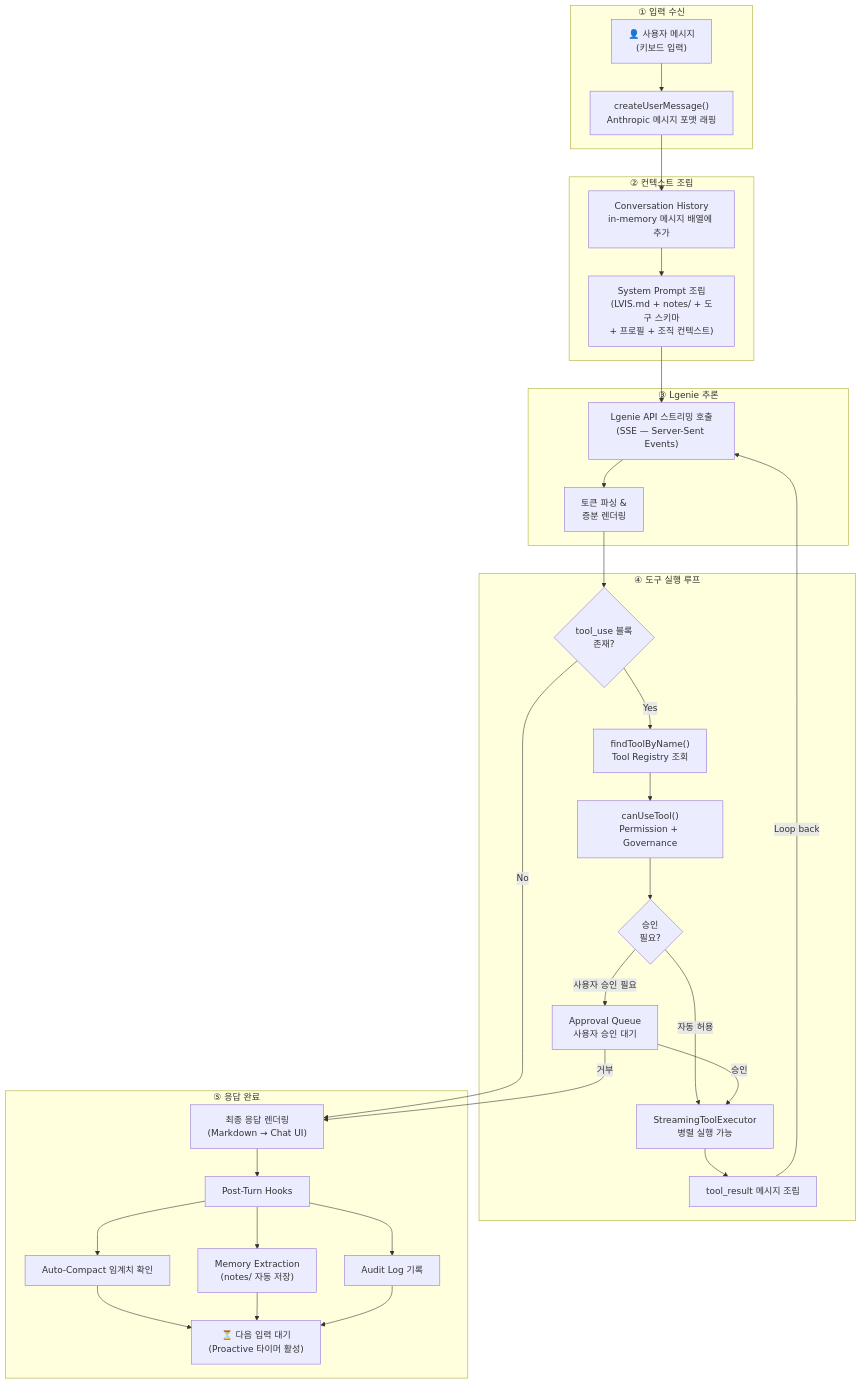
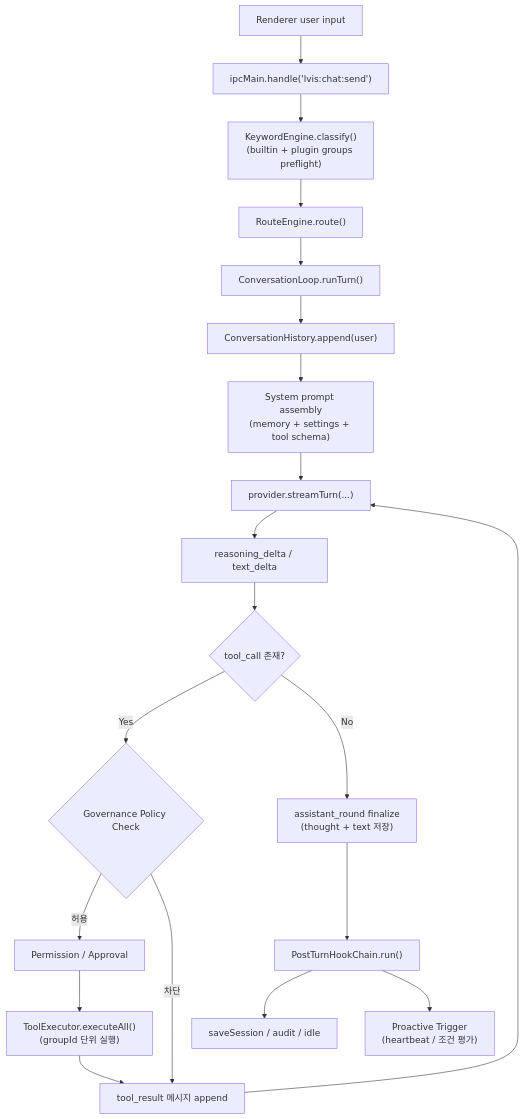
One commit to lvis-project/lvis-app changed the ninth of 44 diagrams in docs/architecture/architecture.md. Above: the diagram before and after it, drawn with Mermaid. The commit also changed other lines of this file and 10 other files, not shown here.

````diff
--- a/docs/architecture/architecture.md
+++ b/docs/architecture/architecture.md
@@ -737,63 +707,27 @@
 ```mermaid
 flowchart TB
-    subgraph "① 입력 수신"
-        USER_INPUT["👤 사용자 메시지<br/>(키보드 입력)"]
-        CREATE_MSG["createUserMessage()<br/>Anthropic 메시지 포맷 래핑"]
-    end
+    USER["Renderer user input"]
+    IPC["ipcMain.handle('lvis:chat:send')"]
+    KEYWORD["KeywordEngine.classify()<br/>(builtin + plugin groups preflight)"]
+    ROUTE["RouteEngine.route()"]
+    LOOP["ConversationLoop.runTurn()"]
+    HISTORY["ConversationHistory.append(user)"]
+    PROMPT["System prompt assembly<br/>(memory + settings + tool schema)"]
+    PROVIDER["provider.streamTurn(...)"]
+    REASON["reasoning_delta / text_delta"]
+    TOOL_CHECK{"tool_call 존재?"}
+    POLICY_CHK{"Governance Policy Check"}
+    PERM["Permission / Approval"]
+    TOOL_EXEC["ToolExecutor.executeAll()<br/>(groupId 단위 실행)"]
+    TOOL_RESULT["tool_result 메시지 append"]
+    ROUND["assistant_round finalize<br/>(thought + text 저장)"]
+    POST["PostTurnHookChain.run()"]
+    SAVE["saveSession / audit / idle"]
+    PROACTIVE["Proactive Trigger<br/>(heartbeat / 조건 평가)"]
 
-    subgraph "② 컨텍스트 조립"
-        APPEND_HIST["Conversation History<br/>in-memory 메시지 배열에 추가"]
-        BUILD_SYS["System Prompt 조립<br/>(LVIS.md + notes/ + 도구 스키마<br/>+ 프로필 + 조직 컨텍스트)"]
-    end
-
-    subgraph "③ Lgenie 추론"
-        STREAM_API["Lgenie API 스트리밍 호출<br/>(SSE — Server-Sent Events)"]
-        PARSE_TOKEN["토큰 파싱 &<br/>증분 렌더링"]
-    end
-
-    subgraph "④ 도구 실행 루프"
-        TOOL_CHECK{"tool_use 블록<br/>존재?"}
-        FIND_TOOL["findToolByName()<br/>Tool Registry 조회"]
-        CAN_USE["canUseTool()<br/>Permission + Governance"]
-        APPROVAL{"승인<br/>필요?"}
-        APPROVAL_QUEUE["Approval Queue<br/>사용자 승인 대기"]
-        EXECUTOR["StreamingToolExecutor<br/>병렬 실행 가능"]
-        COLLECT["tool_result 메시지 조립"]
-    end
-
-    subgraph "⑤ 응답 완료"
-        RENDER_FINAL["최종 응답 렌더링<br/>(Markdown → Chat UI)"]
-        POST_HOOKS["Post-Turn Hooks"]
-        COMPACT_CHK["Auto-Compact 임계치 확인"]
-        MEM_EXTRACT["Memory Extraction<br/>(notes/ 자동 저장)"]
-        AUDIT["Audit Log 기록"]
-        IDLE["⏳ 다음 입력 대기<br/>(Proactive 타이머 활성)"]
-    end
-
-    USER_INPUT --> CREATE_MSG
-    CREATE_MSG --> APPEND_HIST
-    APPEND_HIST --> BUILD_SYS
-    BUILD_SYS --> STREAM_API
-    STREAM_API --> PARSE_TOKEN
-    PARSE_TOKEN --> TOOL_CHECK
-
-    TOOL_CHECK -->|"Yes"| FIND_TOOL
-    TOOL_CHECK -->|"No"| RENDER_FINAL
-
-    FIND_TOOL --> CAN_USE
-    CAN_USE --> APPROVAL
-    APPROVAL -->|"자동 허용"| EXECUTOR
-    APPROVAL -->|"사용자 승인 필요"| APPROVAL_QUEUE
-    APPROVAL_QUEUE -->|"승인"| EXECUTOR
-    APPROVAL_QUEUE -->|"거부"| RENDER_FINAL
-    EXECUTOR --> COLLECT
-    COLLECT -->|"Loop back"| STREAM_API
-
-    RENDER_FINAL --> POST_HOOKS
-    POST_HOOKS --> COMPACT_CHK
-    POST_HOOKS --> MEM_EXTRACT
-    POST_HOOKS --> AUDIT
-    COMPACT_CHK --> IDLE
-    MEM_EXTRACT --> IDLE
-    AUDIT --> IDLE
+    USER --> IPC --> KEYWORD --> ROUTE --> LOOP --> HISTORY --> PROMPT --> PROVIDER --> REASON --> TOOL_CHECK
+    TOOL_CHECK -->|"Yes"| POLICY_CHK -->|"허용"| PERM --> TOOL_EXEC --> TOOL_RESULT --> PROVIDER
+    TOOL_CHECK -->|"No"| ROUND --> POST --> SAVE
+    POST --> PROACTIVE
+    POLICY_CHK -->|"차단"| TOOL_RESULT
 ```
````
